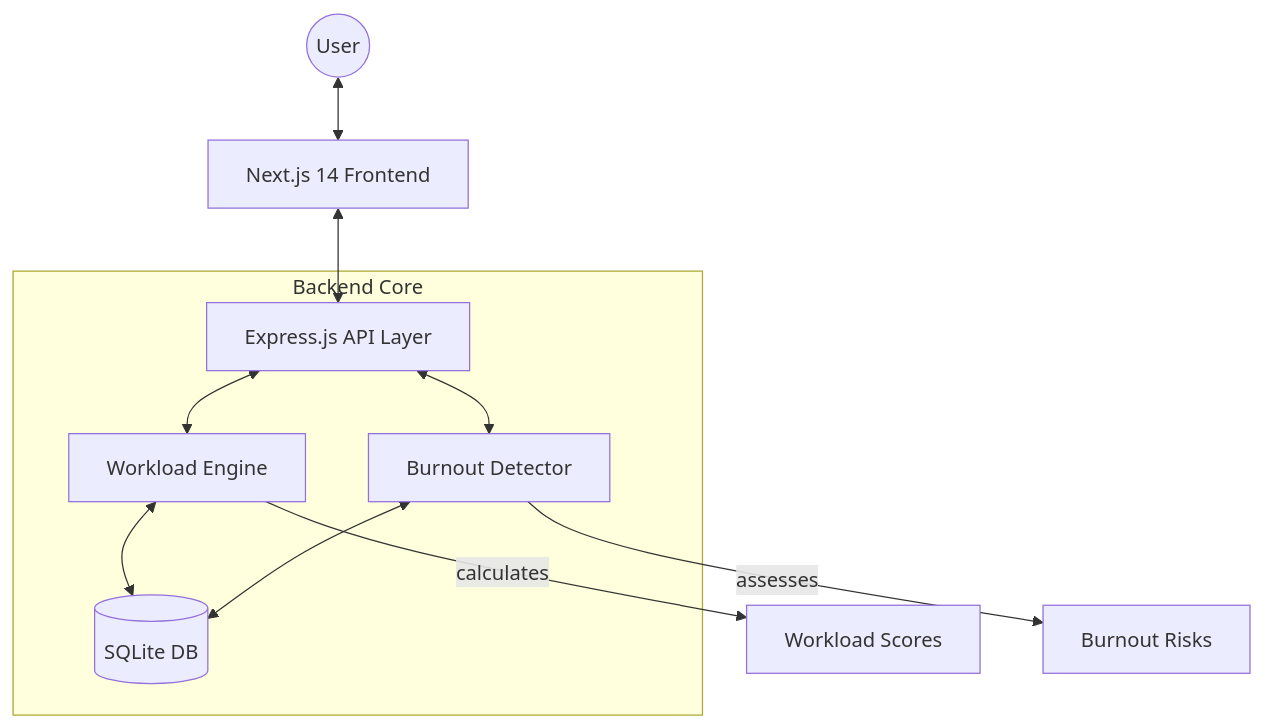
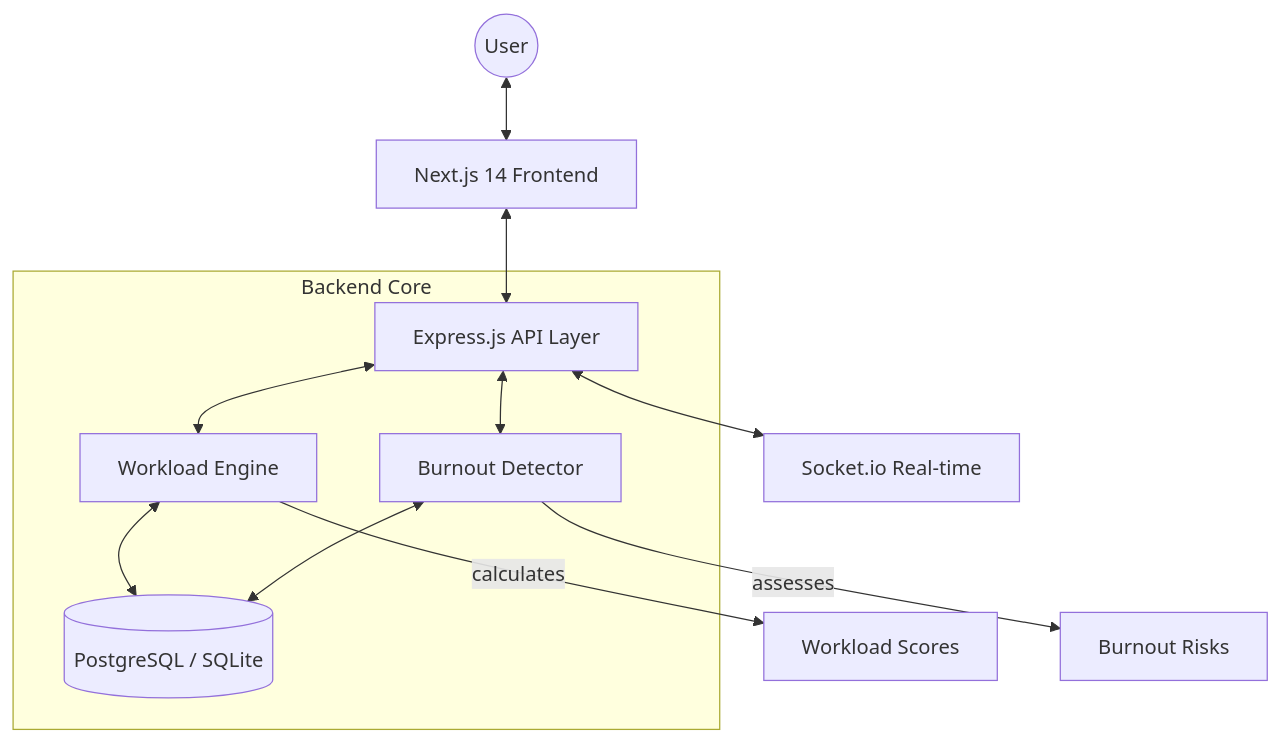
The diagram in Employee Task Overload and Burnout Detection System/README.md (shivammane2007/Employee-Task-Overload-and-Burnout-Detection-System), drawn with Mermaid before and after one commit. The commit also changed other lines of this file and 63 other files, not shown here.

````diff
--- a/Employee Task Overload and Burnout Detection System/README.md
+++ b/Employee Task Overload and Burnout Detection System/README.md
@@ -16,15 +105,16 @@
 ```mermaid
 graph TD
     User((User)) <--> Frontend[Next.js 14 Frontend]
     Frontend <--> API[Express.js API Layer]
+    API <--> Sockets[Socket.io Real-time]
     
     subgraph "Backend Core"
         API <--> WE[Workload Engine]
         API <--> BD[Burnout Detector]
-        WE <--> DB[(SQLite DB)]
+        WE <--> DB[(PostgreSQL / SQLite)]
         BD <--> DB
     end
     
     WE -- calculates --> Scores[Workload Scores]
     BD -- assesses --> Risks[Burnout Risks]
 ```
````
